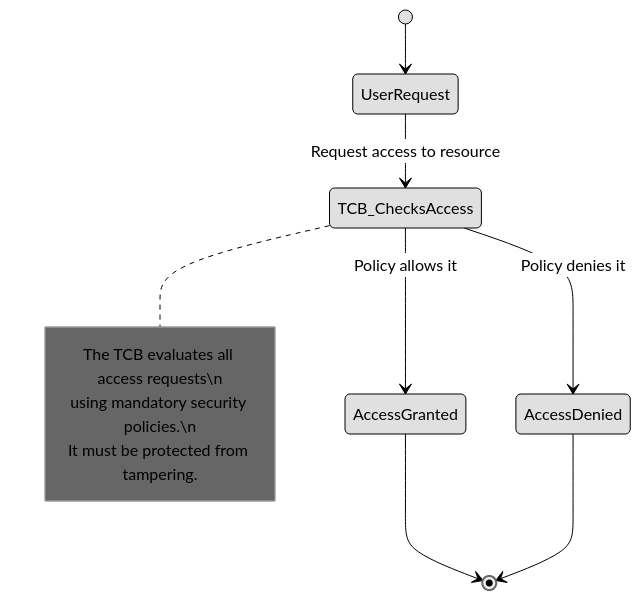
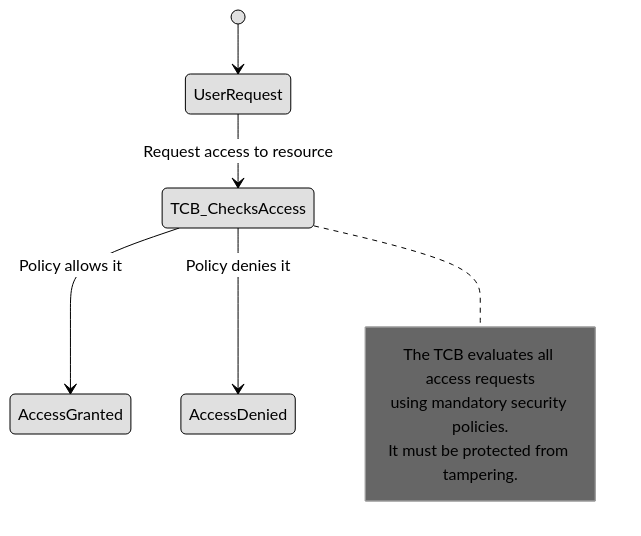
One commit to lorenzoleonelli/CISSP-Zero-to-Hero changed the first of 5 diagrams in DOMAIN3: Security Architecture and Engineering/3.02 Understand the fundamental concepts of security models (e.g. Biba, STar Model, Bell Lapadula).md. Above: the diagram before and after it, drawn with Mermaid (neutral theme).

Commit message:
Update 3.02 Understand the fundamental concepts of security models (e.g. Biba, STar Model, Bell Lapadula).md

````diff
--- a/DOMAIN3: Security Architecture and Engineering/3.02 Understand the fundamental concepts of security models (e.g. Biba, STar Model, Bell Lapadula).md
+++ b/DOMAIN3: Security Architecture and Engineering/3.02 Understand the fundamental concepts of security models (e.g. Biba, STar Model, Bell Lapadula).md
@@ -10,20 +10,17 @@
 ```mermaid
 stateDiagram-v2
     [*] --> UserRequest
 
     UserRequest --> TCB_ChecksAccess : Request access to resource
     TCB_ChecksAccess --> AccessGranted : Policy allows it
     TCB_ChecksAccess --> AccessDenied : Policy denies it
 
-    AccessGranted --> [*]
-    AccessDenied --> [*]
-
     note right of TCB_ChecksAccess
-      The TCB evaluates all access requests\n
-      using mandatory security policies.\n
+      The TCB evaluates all access requests
+      using mandatory security policies.
       It must be protected from tampering.
     end note
 
     classDef center fill:#ffffff,color:#000000,stroke:#000000,stroke-width:1px,font-weight:bold
     classDef node fill:#e0e0e0,color:#000000,stroke:#000000,stroke-width:1px
 ```
````
